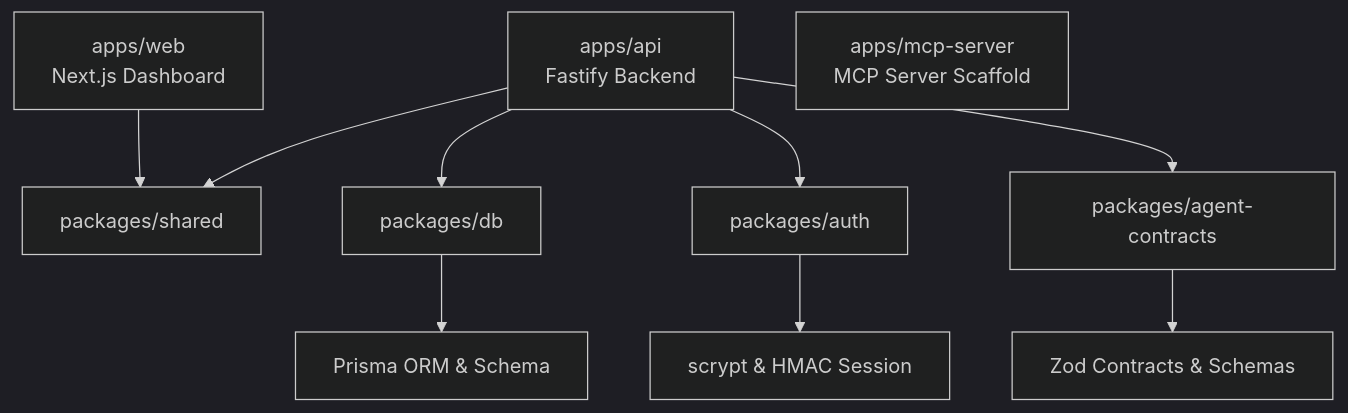
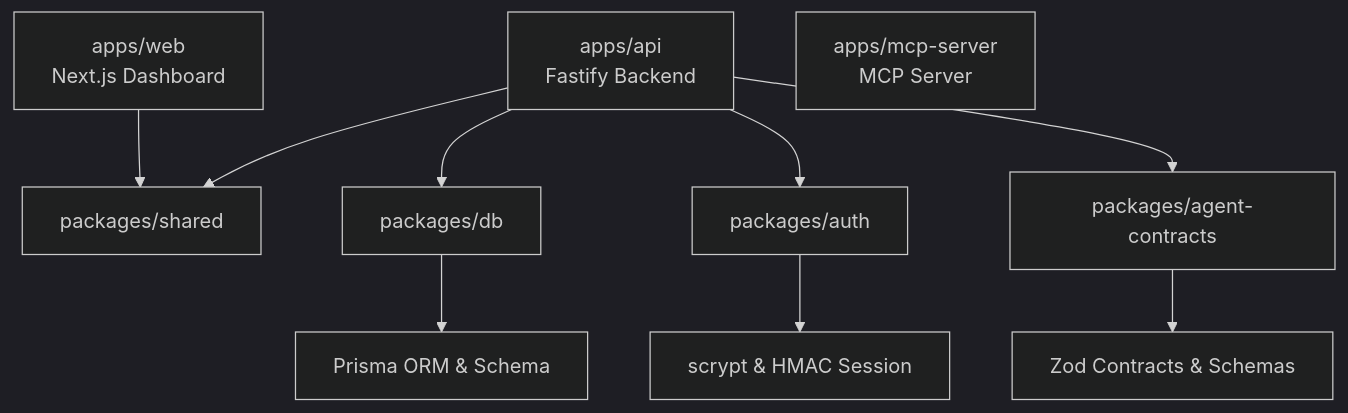
The diagram in docs/implementation-context.md (Deadeye102000/Agentready), drawn with Mermaid (dark theme) before and after one commit. The commit also changed other lines of this file and 6 other files, not shown here.

````diff
--- a/docs/implementation-context.md
+++ b/docs/implementation-context.md
@@ -13,13 +13,13 @@
 ```mermaid
 graph TD
     apps/web[apps/web<br>Next.js Dashboard] --> packages/shared
     apps/api[apps/api<br>Fastify Backend] --> packages/shared
     apps/api --> packages/db
     apps/api --> packages/auth
     apps/api --> packages/agent-contracts
-    apps/mcp-server[apps/mcp-server<br>MCP Server Scaffold]
+    apps/mcp-server[apps/mcp-server<br>MCP Server]
     
     packages/db --> Prisma[Prisma ORM & Schema]
     packages/auth --> Crypto[scrypt & HMAC Session]
     packages/agent-contracts --> Contracts[Zod Contracts & Schemas]
 ```
````
